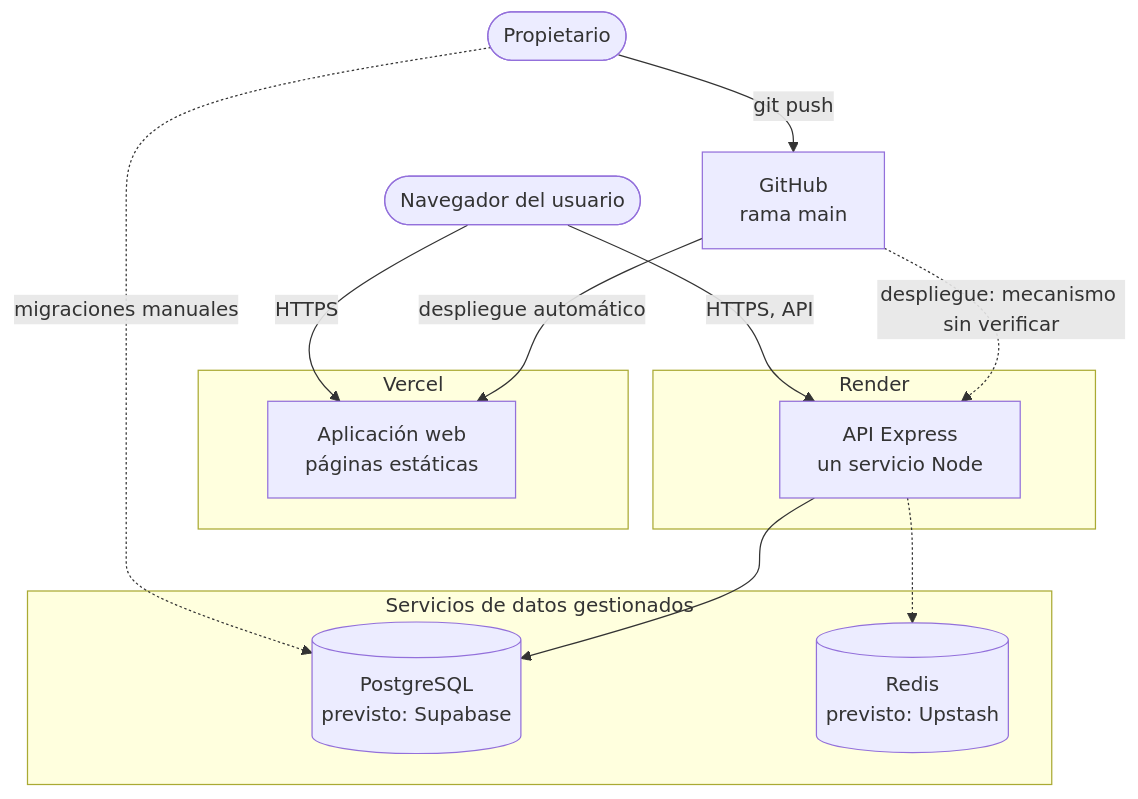
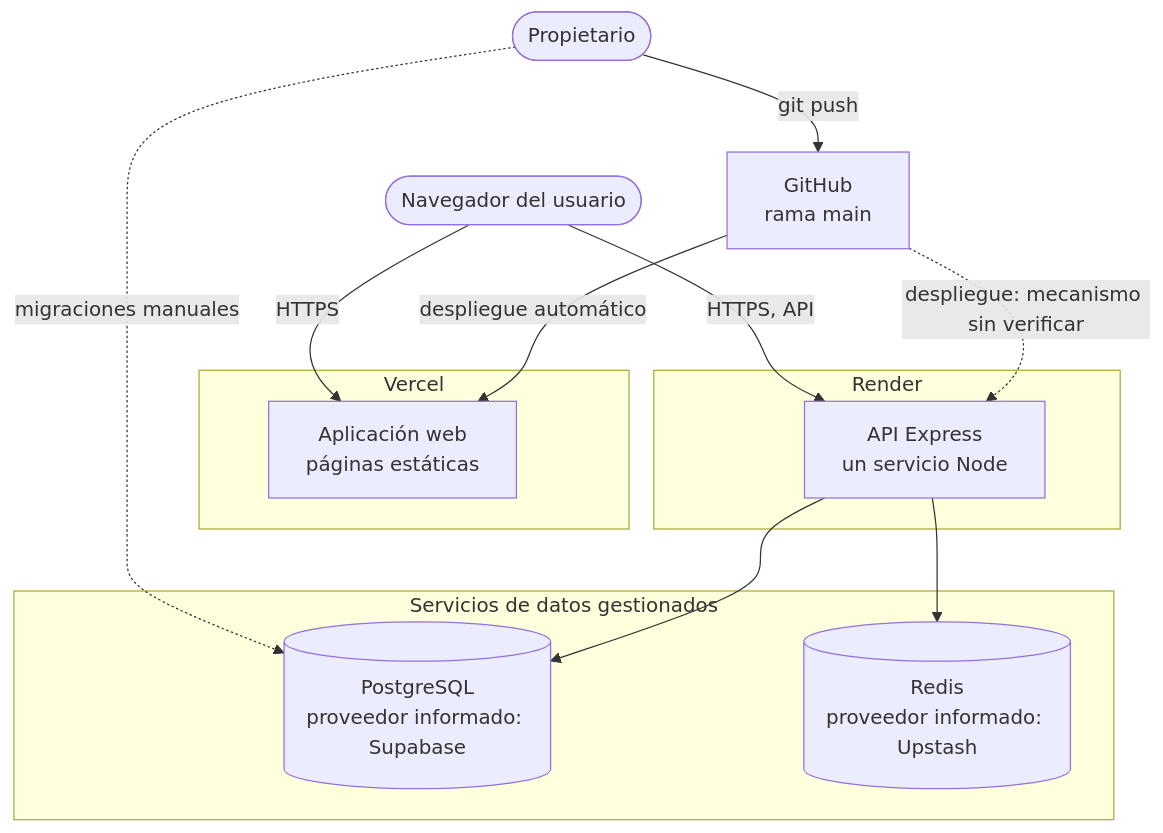
One commit to pillacarodriguezuriel-a11y/social_unsch changed the diagram in docs/05-despliegue-y-operacion/01-mapa-de-despliegue.md. Above: the diagram before and after it, drawn with Mermaid. The commit also changed other lines of this file and 44 other files, not shown here.

````diff
--- a/docs/05-despliegue-y-operacion/01-mapa-de-despliegue.md
+++ b/docs/05-despliegue-y-operacion/01-mapa-de-despliegue.md
@@ -9,26 +11,26 @@
 ```mermaid
 flowchart TB
     DEV(["Propietario"])
     GH["GitHub<br/>rama main"]
 
     subgraph VERCEL["Vercel"]
         WEB["Aplicación web<br/>páginas estáticas"]
     end
     subgraph RENDER["Render"]
         API["API Express<br/>un servicio Node"]
     end
     subgraph DATOS["Servicios de datos gestionados"]
-        PG[("PostgreSQL<br/>previsto: Supabase")]
-        RD[("Redis<br/>previsto: Upstash")]
+        PG[("PostgreSQL<br/>proveedor informado: Supabase")]
+        RD[("Redis<br/>proveedor informado: Upstash")]
     end
     NAV(["Navegador del usuario"])
 
     DEV -- "git push" --> GH
     GH -- "despliegue automático" --> WEB
     GH -. "despliegue: mecanismo sin verificar" .-> API
     NAV -- "HTTPS" --> WEB
     NAV -- "HTTPS, API" --> API
     API --> PG
-    API -.-> RD
+    API --> RD
     DEV -. "migraciones manuales" .-> PG
 ```
````
